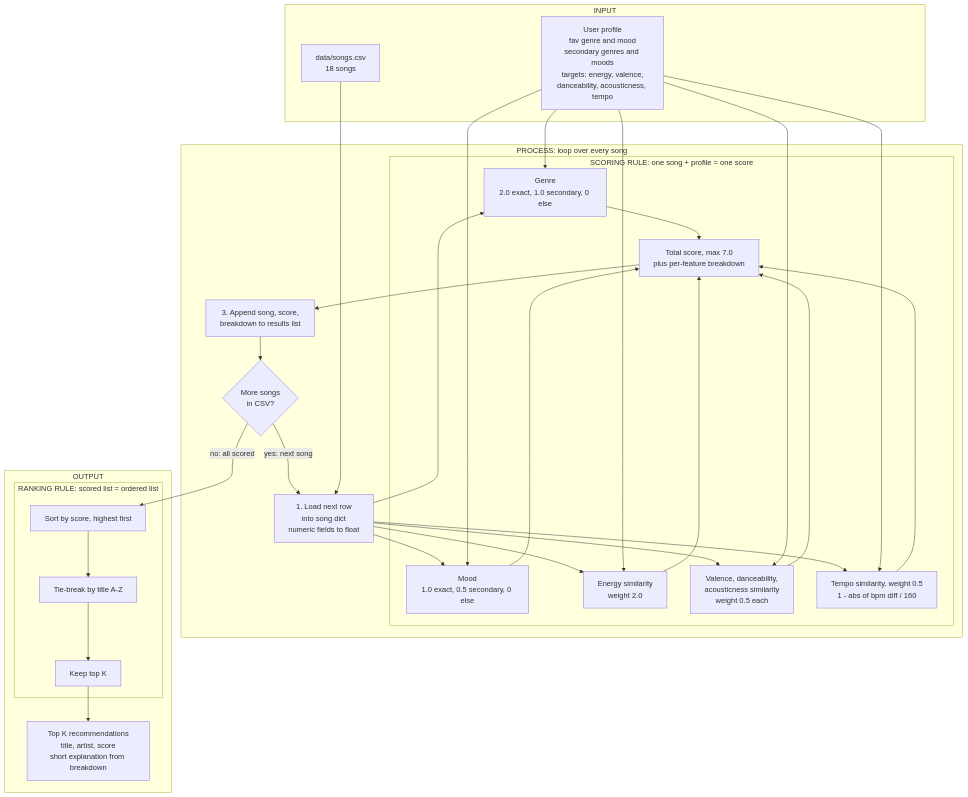
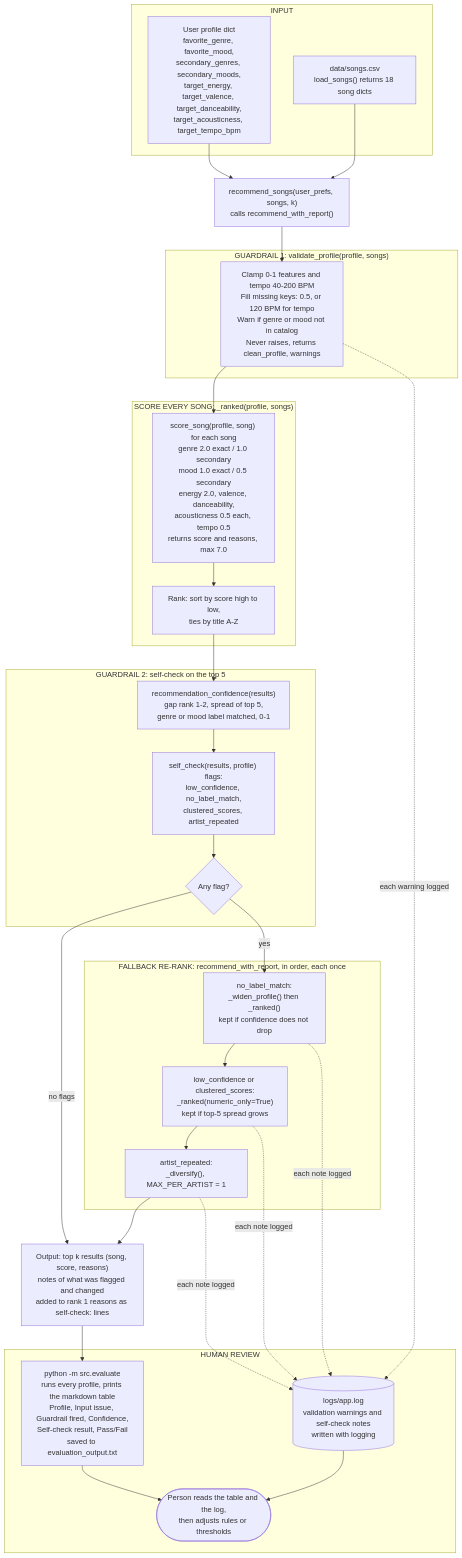
The diagram in diagrams/architecture.mmd (vhugo23/applied-ai-system-final), drawn with Mermaid before and after one commit.

Commit message:
docs: add architecture diagram matching implementation

```diff
--- a/diagrams/architecture.mmd
+++ b/diagrams/architecture.mmd
@@ -1,54 +1,55 @@
 flowchart TD
     subgraph INPUT
-        P["User profile<br/>fav genre and mood<br/>secondary genres and moods<br/>targets: energy, valence,<br/>danceability, acousticness, tempo"]
-        C["data/songs.csv<br/>18 songs"]
+        P["User profile dict<br/>favorite_genre, favorite_mood,<br/>secondary_genres, secondary_moods,<br/>target_energy, target_valence, target_danceability,<br/>target_acousticness, target_tempo_bpm"]
+        C["data/songs.csv<br/>load_songs() returns 18 song dicts"]
     end
 
-    subgraph PROCESS["PROCESS: loop over every song"]
-        L1["1. Load next row<br/>into song dict<br/>numeric fields to float"]
+    RS["recommend_songs(user_prefs, songs, k)<br/>calls recommend_with_report()"]
 
-        subgraph SCORING["SCORING RULE: one song + profile = one score"]
-            G["Genre<br/>2.0 exact, 1.0 secondary, 0 else"]
-            M["Mood<br/>1.0 exact, 0.5 secondary, 0 else"]
-            E["Energy similarity<br/>weight 2.0"]
-            N["Valence, danceability,<br/>acousticness similarity<br/>weight 0.5 each"]
-            T["Tempo similarity, weight 0.5<br/>1 - abs of bpm diff / 160"]
-            S["Total score, max 7.0<br/>plus per-feature breakdown"]
-            G --> S
-            M --> S
-            E --> S
-            N --> S
-            T --> S
-        end
-
-        A["3. Append song, score,<br/>breakdown to results list"]
-        D{"More songs<br/>in CSV?"}
-
-        L1 --> G
-        L1 --> M
-        L1 --> E
-        L1 --> N
-        L1 --> T
-        S --> A
-        A --> D
-        D -- "yes: next song" --> L1
+    subgraph GUARD["GUARDRAIL 1: validate_profile(profile, songs)"]
+        V["Clamp 0-1 features and tempo 40-200 BPM<br/>Fill missing keys: 0.5, or 120 BPM for tempo<br/>Warn if genre or mood not in catalog<br/>Never raises, returns clean_profile, warnings"]
     end
 
-    subgraph OUTPUT
-        subgraph RANKING["RANKING RULE: scored list = ordered list"]
-            R1["Sort by score, highest first"]
-            R2["Tie-break by title A-Z"]
-            R3["Keep top K"]
-            R1 --> R2 --> R3
-        end
-        O["Top K recommendations<br/>title, artist, score<br/>short explanation from breakdown"]
-        R3 --> O
+    subgraph SCORE["SCORE EVERY SONG: _ranked(profile, songs)"]
+        SS["score_song(profile, song) for each song<br/>genre 2.0 exact / 1.0 secondary<br/>mood 1.0 exact / 0.5 secondary<br/>energy 2.0, valence, danceability,<br/>acousticness 0.5 each, tempo 0.5<br/>returns score and reasons, max 7.0"]
+        RK["Rank: sort by score high to low,<br/>ties by title A-Z"]
+        SS --> RK
     end
 
-    C --> L1
-    P --> G
-    P --> M
-    P --> E
-    P --> N
-    P --> T
-    D -- "no: all scored" --> R1
+    subgraph CHECK["GUARDRAIL 2: self-check on the top 5"]
+        CF["recommendation_confidence(results)<br/>gap rank 1-2, spread of top 5,<br/>genre or mood label matched, 0-1"]
+        SC["self_check(results, profile) flags:<br/>low_confidence, no_label_match,<br/>clustered_scores, artist_repeated"]
+        F{"Any flag?"}
+        CF --> SC --> F
+    end
+
+    subgraph FALLBACK["FALLBACK RE-RANK: recommend_with_report, in order, each once"]
+        FB1["no_label_match:<br/>_widen_profile() then _ranked()<br/>kept if confidence does not drop"]
+        FB2["low_confidence or clustered_scores:<br/>_ranked(numeric_only=True)<br/>kept if top-5 spread grows"]
+        FB3["artist_repeated:<br/>_diversify(), MAX_PER_ARTIST = 1"]
+        FB1 --> FB2 --> FB3
+    end
+
+    O["Output: top k results (song, score, reasons)<br/>notes of what was flagged and changed<br/>added to rank 1 reasons as self-check: lines"]
+
+    subgraph HUMAN["HUMAN REVIEW"]
+        LOG[("logs/app.log<br/>validation warnings and self-check notes<br/>written with logging")]
+        EV["python -m src.evaluate<br/>runs every profile, prints the markdown table<br/>Profile, Input issue, Guardrail fired, Confidence,<br/>Self-check result, Pass/Fail<br/>saved to evaluation_output.txt"]
+        REV(["Person reads the table and the log,<br/>then adjusts rules or thresholds"])
+        EV --> REV
+        LOG --> REV
+    end
+
+    P --> RS
+    C --> RS
+    RS --> V
+    V --> SS
+    V -. "each warning logged" .-> LOG
+    RK --> CF
+    F -- "no flags" --> O
+    F -- "yes" --> FB1
+    FB3 --> O
+    FB1 -. "each note logged" .-> LOG
+    FB2 -. "each note logged" .-> LOG
+    FB3 -. "each note logged" .-> LOG
+    O --> EV
```
